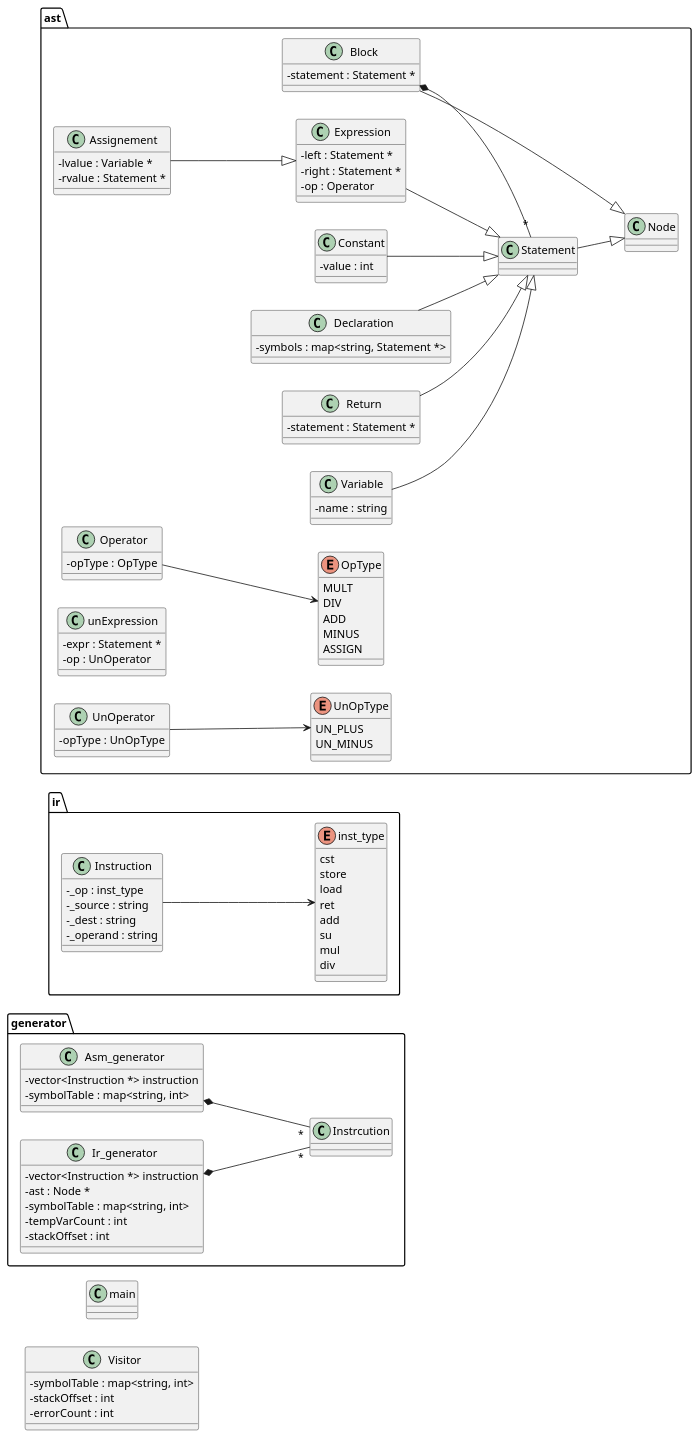
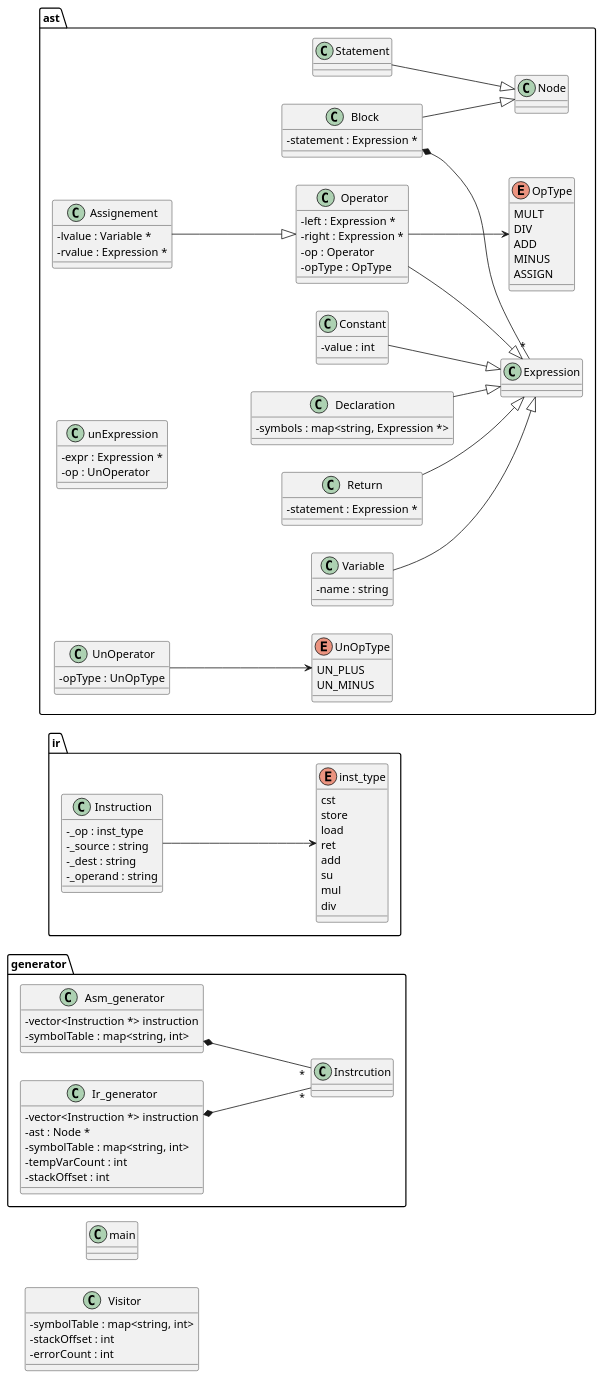
The diagram in res/diagram.puml (theochp/c-antlr-compiler), drawn with PlantUML before and after one commit. The commit also changed 29 other files, not shown here.

```diff
--- a/res/diagram.puml
+++ b/res/diagram.puml
@@ -1,143 +1,143 @@
 @startuml
 skinparam classAttributeIconSize 0
 left to right direction
 
 package generator{
 
     Asm_generator *-- "*" Instrcution
 
     class Asm_generator{
         -vector<Instruction *> instruction
         -symbolTable : map<string, int>
     }
 
     
     Ir_generator *-- "*" Instrcution
 
     class Ir_generator{
         -vector<Instruction *> instruction
         -ast : Node *
         -symbolTable : map<string, int>
         -tempVarCount : int
         -stackOffset : int
     }
 
 }
 
 package ir{
 
     Instruction --> inst_type
 
     class Instruction{
         -_op : inst_type
         -_source : string
         -_dest : string
         -_operand : string
     }
 
     enum inst_type {
         cst
         store
         load
         ret
         add
         su
         mul
         div
     }
 }
 
 
 package ast{
 
     Statement --|> Node
-    Assignement --|> Expression
+    Assignement --|> Operator
     Block --|> Node
-    Constant --|> Statement
-    Declaration --|> Statement
-    Expression --|> Statement
-    Return --|> Statement
-    Variable --|> Statement
+    Constant --|> Expression
+    Declaration --|> Expression
+    Operator --|> Expression
+    Return --|> Expression
+    Variable --|> Expression
 
-    Block *-- "*" Statement
+    Block *-- "*" Expression
     
     class Node{
         
     }
 
     class Assignement{
         -lvalue : Variable *
-        -rvalue : Statement *
+        -rvalue : Expression *
     }
     
     class Block{
-        -statement : Statement *
+        -statement : Expression *
     }
     
     class Constant{
         -value : int
     }
     
     class Declaration{
-        -symbols : map<string, Statement *>
+        -symbols : map<string, Expression *>
     }
     
-    class Expression{
-        -left : Statement *
-        -right : Statement *
+    class Operator{
+        -left : Expression *
+        -right : Expression *
         -op : Operator
     }
     
     Operator --> OpType
     class Operator{
         -opType : OpType
     }
     
     enum OpType {
         MULT
         DIV
         ADD
         MINUS
         ASSIGN
     }
 
     
     class Return{
-        -statement : Statement *
+        -statement : Expression *
     }
     
     class unExpression{
-        -expr : Statement *
+        -expr : Expression *
         -op : UnOperator
     }
     UnOperator --> UnOpType
     class UnOperator{
         -opType : UnOpType
     }
 
     enum UnOpType{
         UN_PLUS
         UN_MINUS
     }
 
-    class Statement{
+    class Expression{
         
     }
     
     class Variable{
         -name : string
     }
 
 }
     
 class Visitor{
     -symbolTable : map<string, int>
     -stackOffset : int
     -errorCount : int
 }
 
 class main{
 
 }
 
 @enduml
```
